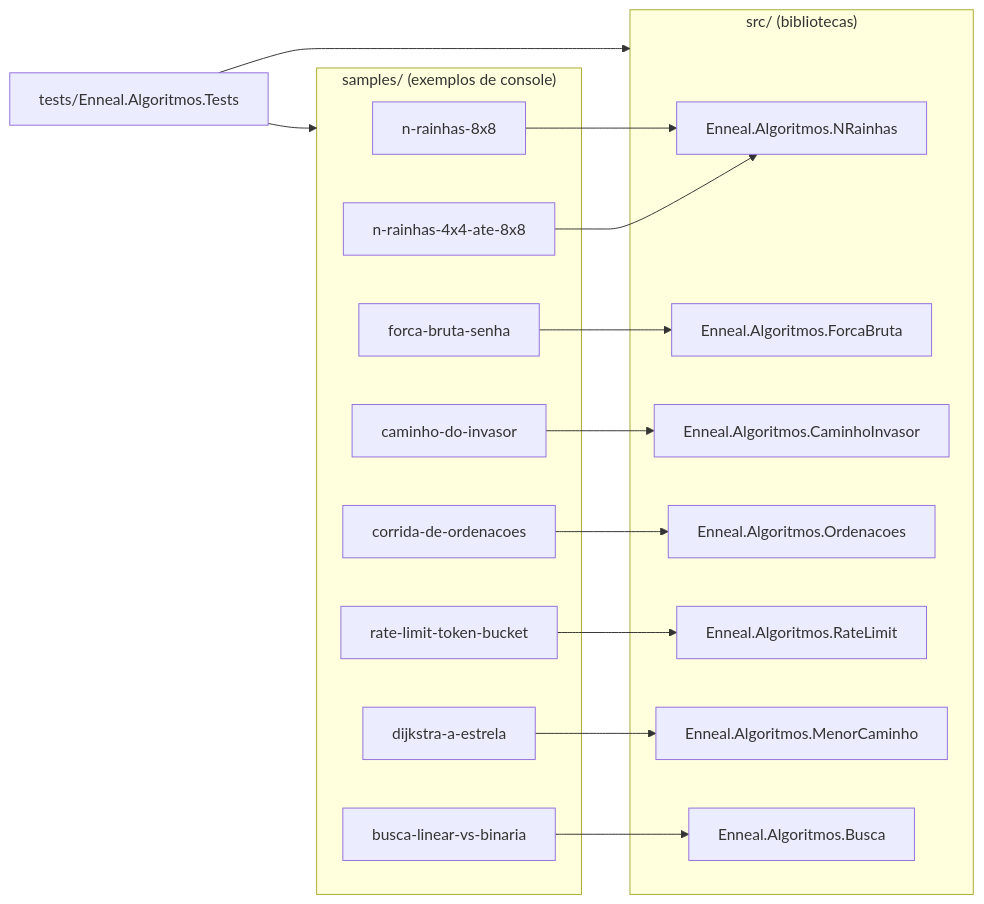
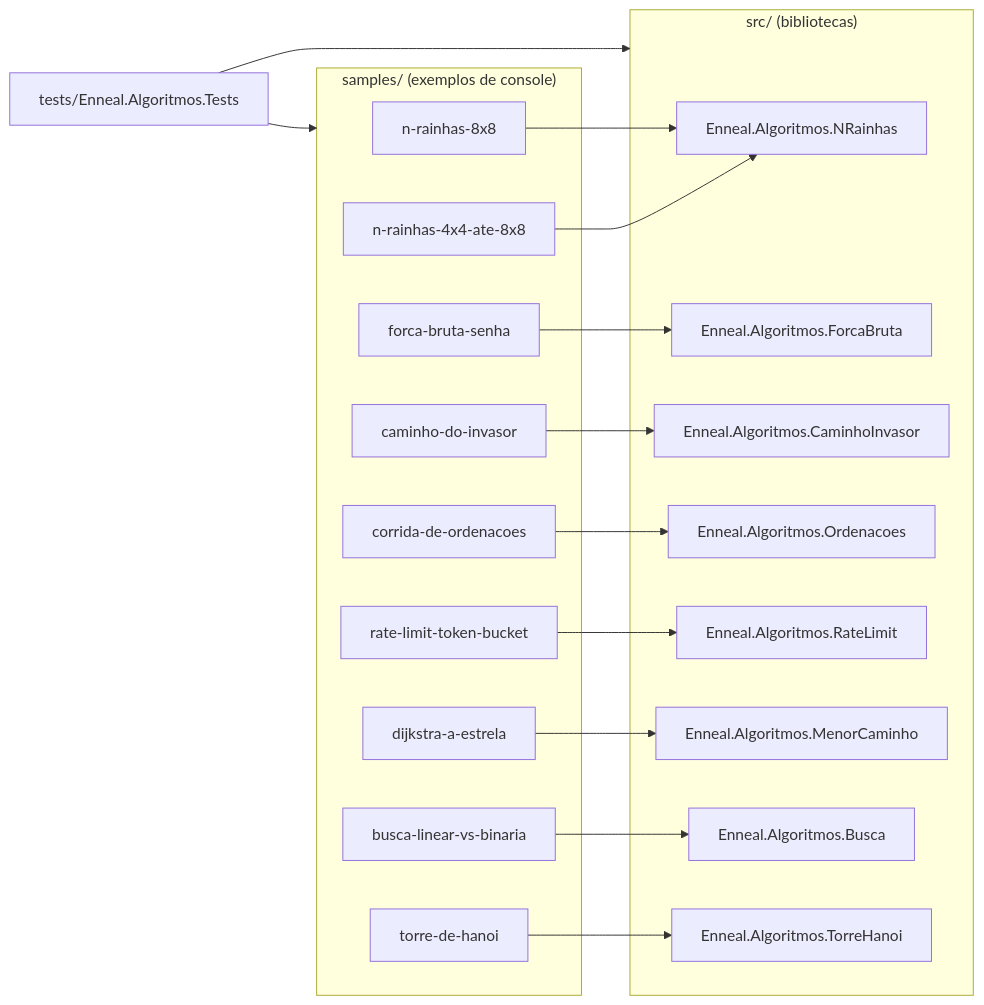
One commit to Edinaldosa2/enneal-algoritmos changed the diagram in docs/arquitetura.md. Above: the diagram before and after it, drawn with Mermaid. The commit also changed other lines of this file and 23 other files, not shown here.

````diff
--- a/docs/arquitetura.md
+++ b/docs/arquitetura.md
@@ -14,34 +14,37 @@
 ```mermaid
 flowchart LR
     subgraph src["src/ (bibliotecas)"]
         NR[Enneal.Algoritmos.NRainhas]
         FB[Enneal.Algoritmos.ForcaBruta]
         CI[Enneal.Algoritmos.CaminhoInvasor]
         OR[Enneal.Algoritmos.Ordenacoes]
         RL[Enneal.Algoritmos.RateLimit]
         MC[Enneal.Algoritmos.MenorCaminho]
         BU[Enneal.Algoritmos.Busca]
+        TH[Enneal.Algoritmos.TorreHanoi]
     end
     subgraph samples["samples/ (exemplos de console)"]
         S1[n-rainhas-8x8]
         S2[n-rainhas-4x4-ate-8x8]
         S3[forca-bruta-senha]
         S4[caminho-do-invasor]
         S5[corrida-de-ordenacoes]
         S6[rate-limit-token-bucket]
         S7[dijkstra-a-estrela]
         S8[busca-linear-vs-binaria]
+        S9[torre-de-hanoi]
     end
     T[tests/Enneal.Algoritmos.Tests]
 
     S1 --> NR
     S2 --> NR
     S3 --> FB
     S4 --> CI
     S5 --> OR
     S6 --> RL
     S7 --> MC
     S8 --> BU
+    S9 --> TH
     T --> src
     T --> samples
 ```
````
